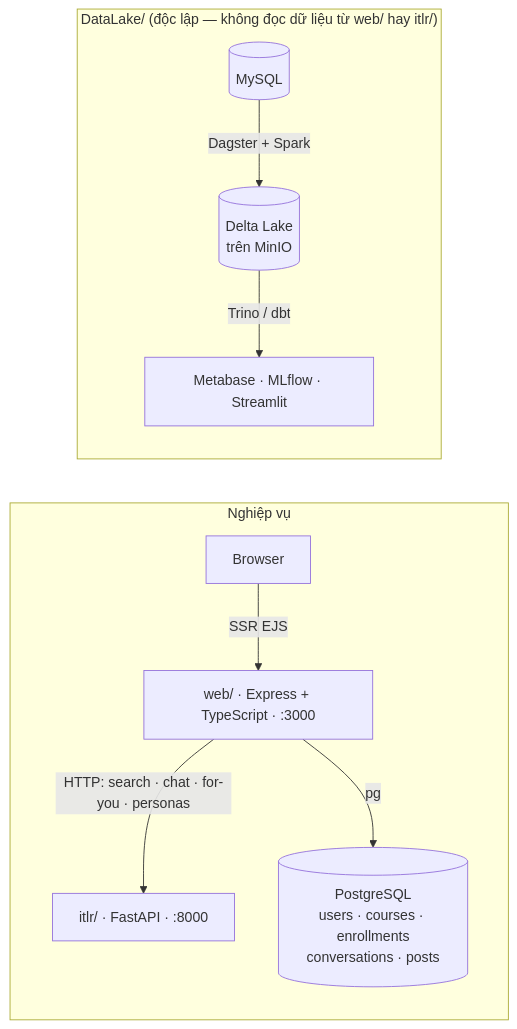
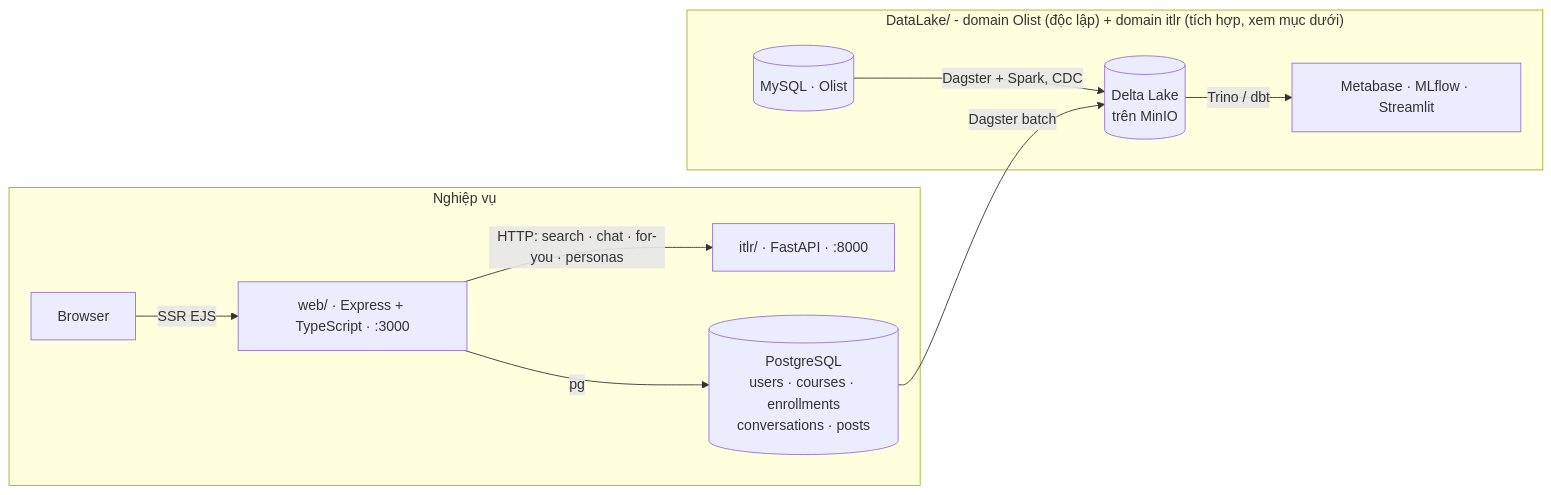
Before and after one commit to taovietducofficial/ITLR-Fullstack-Recommender-RAG: the diagram in README.md, drawn with Mermaid. The commit also changed other lines of this file and 49 other files, not shown here.

````diff
--- a/README.md
+++ b/README.md
@@ -68,13 +88,14 @@
 ```mermaid
 flowchart LR
     subgraph Business["Nghiệp vụ"]
         Br[Browser] -->|SSR EJS| W["web/ · Express + TypeScript · :3000"]
         W -->|HTTP: search · chat · for-you · personas| R["itlr/ · FastAPI · :8000"]
         W -->|pg| PG[("PostgreSQL<br/>users · courses · enrollments<br/>conversations · posts")]
     end
 
-    subgraph DataEng["DataLake/ (độc lập — không đọc dữ liệu từ web/ hay itlr/)"]
-        MY[("MySQL")] -->|Dagster + Spark| DL[("Delta Lake<br/>trên MinIO")]
+    subgraph DataEng["DataLake/ - domain Olist (độc lập) + domain itlr (tích hợp, xem mục dưới)"]
+        MY[("MySQL · Olist")] -->|Dagster + Spark, CDC| DL[("Delta Lake<br/>trên MinIO")]
+        PG -->|Dagster batch| DL
         DL -->|Trino / dbt| BI["Metabase · MLflow · Streamlit"]
     end
 ```
````
